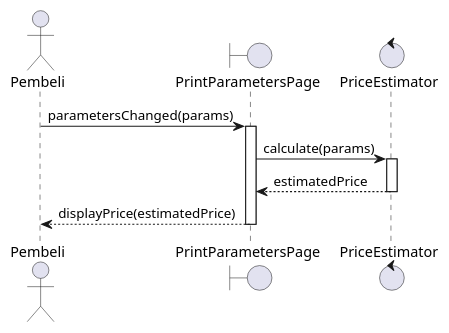
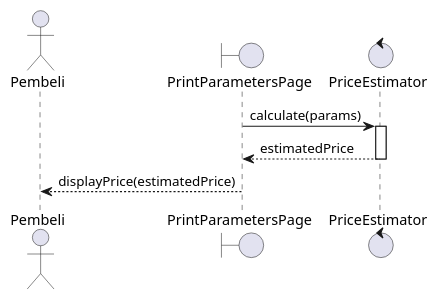
Before and after one commit to stnDinus/skpl-rkpl-diagrams: the diagram in check_est_price_seq.puml, drawn with PlantUML. The commit also changed 1 other file, not shown here.

```diff
--- a/check_est_price_seq.puml
+++ b/check_est_price_seq.puml
@@ -1,14 +1,12 @@
 @startuml
 actor Pembeli
 boundary PrintParametersPage
 control PriceEstimator
 
-Pembeli -> PrintParametersPage : parametersChanged(params)
-activate PrintParametersPage
 PrintParametersPage -> PriceEstimator : calculate(params)
 activate PriceEstimator
 PriceEstimator --> PrintParametersPage : estimatedPrice
 deactivate PriceEstimator
 PrintParametersPage --> Pembeli : displayPrice(estimatedPrice)
 deactivate PrintParametersPage
 @enduml
```
